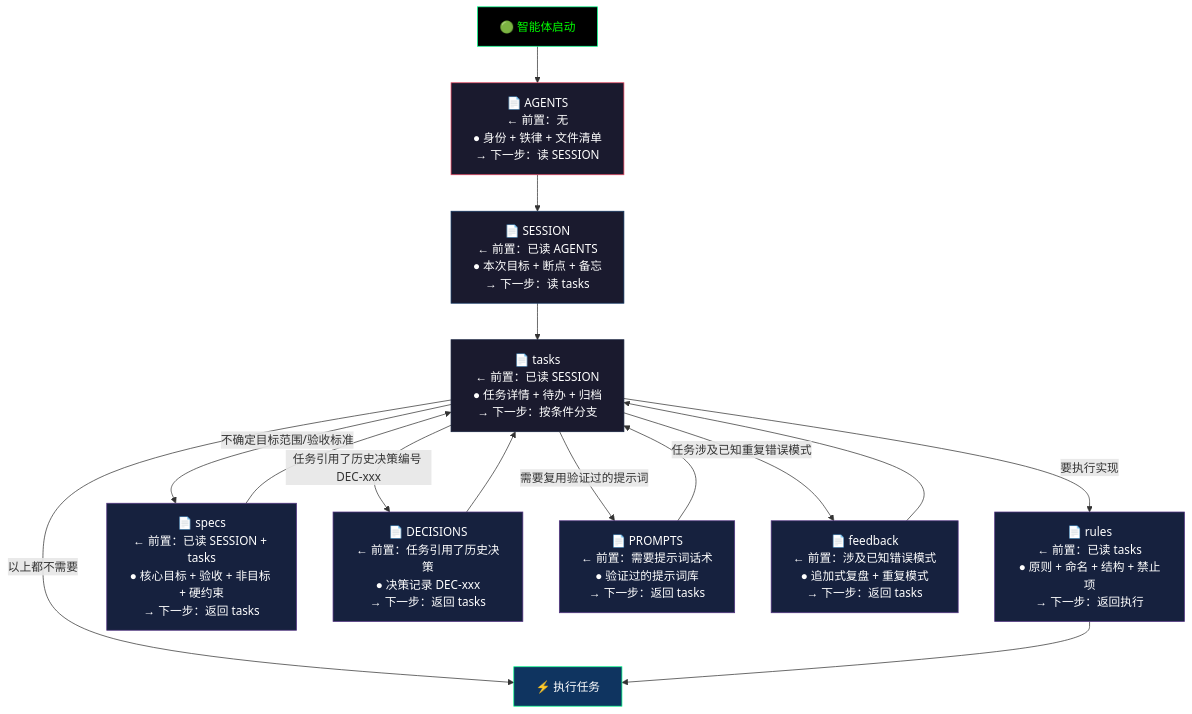
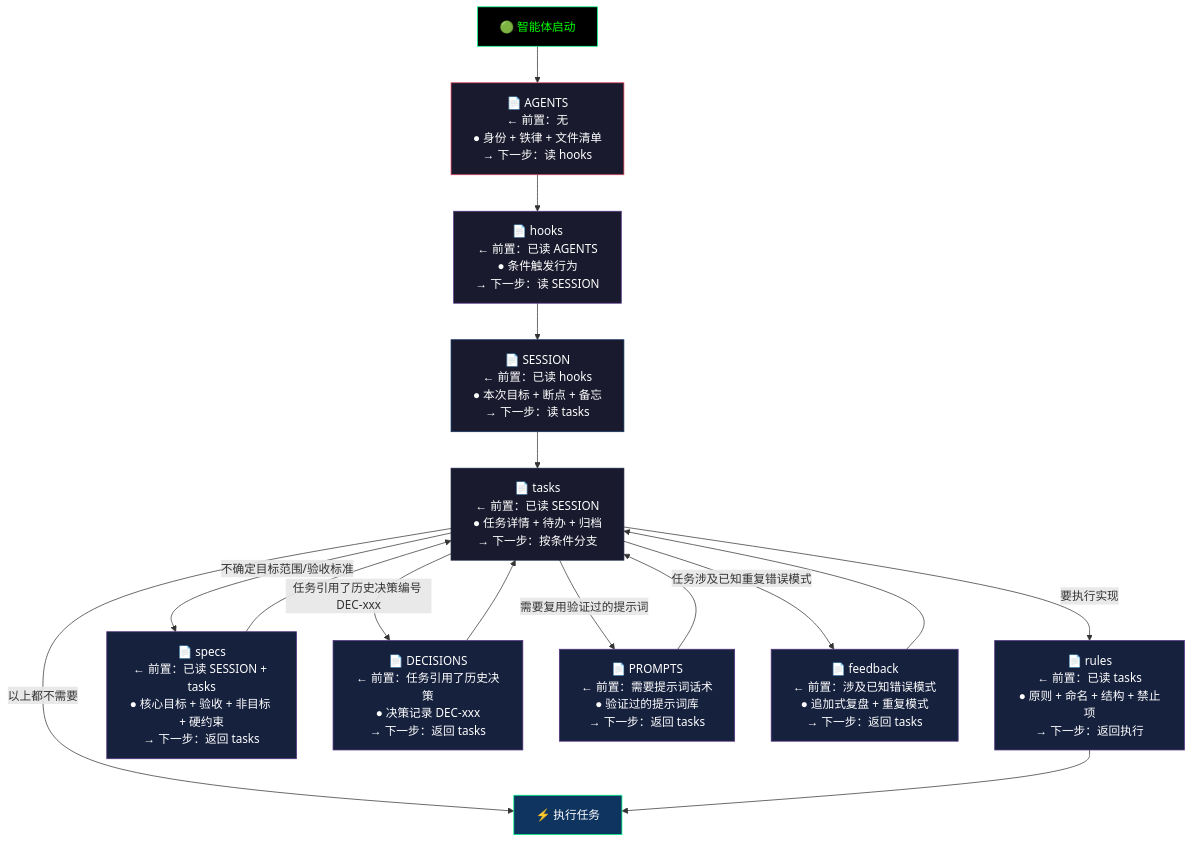
The first of 2 diagrams in README.md (QLing-yes/harness), drawn with Mermaid before and after one commit. The commit also changed other lines of this file and 2 other files, not shown here.

Commit message:
hook链

````diff
--- a/README.md
+++ b/README.md
@@ -10,47 +10,51 @@
 ```mermaid
 flowchart TD
     START["🟢 智能体启动"] --> A
 
-    A["📄 AGENTS<br/>← 前置：无<br/>● 身份 + 铁律 + 文件清单<br/>→ 下一步：读 SESSION"]
-    A --> B
+    A["📄 AGENTS<br/>← 前置：无<br/>● 身份 + 铁律 + 文件清单<br/>→ 下一步：读 hooks"]
+    A --> HK
 
-    B["📄 SESSION<br/>← 前置：已读 AGENTS<br/>● 本次目标 + 断点 + 备忘<br/>→ 下一步：读 tasks"]
+    HK["📄 hooks<br/>← 前置：已读 AGENTS<br/>● 条件触发行为<br/>→ 下一步：读 SESSION"]
+    HK --> B
+
+    B["📄 SESSION<br/>← 前置：已读 hooks<br/>● 本次目标 + 断点 + 备忘<br/>→ 下一步：读 tasks"]
     B --> C
 
     C["📄 tasks<br/>← 前置：已读 SESSION<br/>● 任务详情 + 待办 + 归档<br/>→ 下一步：按条件分支"]
 
     C -->|"要执行实现"| D
     C -->|"不确定目标范围/验收标准"| E
     C -->|"任务引用了历史决策编号 DEC-xxx"| F
     C -->|"需要复用验证过的提示词"| G
     C -->|"任务涉及已知重复错误模式"| H
     C -->|"以上都不需要"| EXEC
 
     D["📄 rules<br/>← 前置：已读 tasks<br/>● 原则 + 命名 + 结构 + 禁止项<br/>→ 下一步：返回执行"]
     D --> EXEC
 
     E["📄 specs<br/>← 前置：已读 SESSION + tasks<br/>● 核心目标 + 验收 + 非目标 + 硬约束<br/>→ 下一步：返回 tasks"]
     E --> C
 
     F["📄 DECISIONS<br/>← 前置：任务引用了历史决策<br/>● 决策记录 DEC-xxx<br/>→ 下一步：返回 tasks"]
     F --> C
 
     G["📄 PROMPTS<br/>← 前置：需要提示词话术<br/>● 验证过的提示词库<br/>→ 下一步：返回 tasks"]
     G --> C
 
     H["📄 feedback<br/>← 前置：涉及已知错误模式<br/>● 追加式复盘 + 重复模式<br/>→ 下一步：返回 tasks"]
     H --> C
 
     EXEC["⚡ 执行任务"]
 
     style A fill:#1a1a2e,stroke:#e94560,color:#fff
+    style HK fill:#1a1a2e,stroke:#533483,color:#fff
     style B fill:#1a1a2e,stroke:#0f3460,color:#fff
     style C fill:#1a1a2e,stroke:#16213e,color:#fff
     style D fill:#16213e,stroke:#533483,color:#fff
     style E fill:#16213e,stroke:#533483,color:#fff
     style F fill:#16213e,stroke:#533483,color:#fff
     style G fill:#16213e,stroke:#533483,color:#fff
     style H fill:#16213e,stroke:#533483,color:#fff
     style EXEC fill:#0f3460,stroke:#00ff88,color:#fff
     style START fill:#000,stroke:#00ff88,color:#0f0
 ```
````
